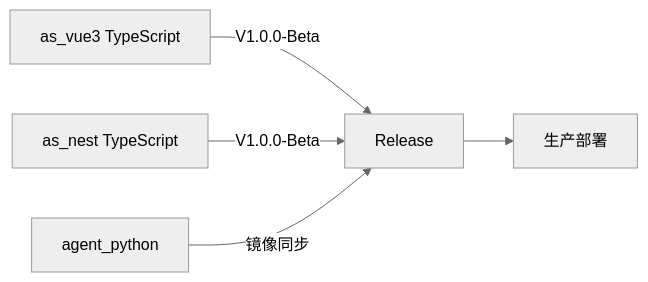
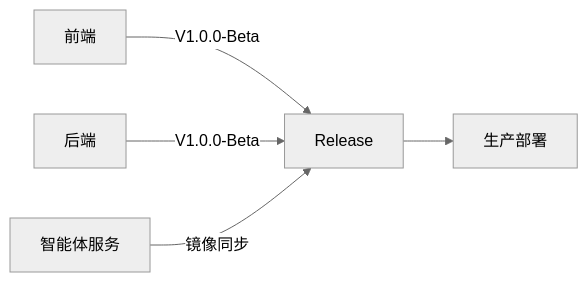
One commit to swipth/work-report changed the fifth of 5 diagrams in reports/2026-06-09/index.md. Above: the diagram before and after it, drawn with Mermaid (neutral theme). The commit also changed other lines of this file and 18 other files, not shown here.

````diff
--- a/reports/2026-06-09/index.md
+++ b/reports/2026-06-09/index.md
@@ -142,7 +142,7 @@
 ```mermaid
 flowchart LR
-    FE["as_vue3 TypeScript"] -->|"V1.0.0-Beta"| REL["Release"]
-    BE["as_nest TypeScript"] -->|"V1.0.0-Beta"| REL
-    AG["agent_python"] -->|"镜像同步"| REL
+    FE["前端"] -->|"V1.0.0-Beta"| REL["Release"]
+    BE["后端"] -->|"V1.0.0-Beta"| REL
+    AG["智能体服务"] -->|"镜像同步"| REL
     REL --> DEPLOY["生产部署"]
 ```
````
